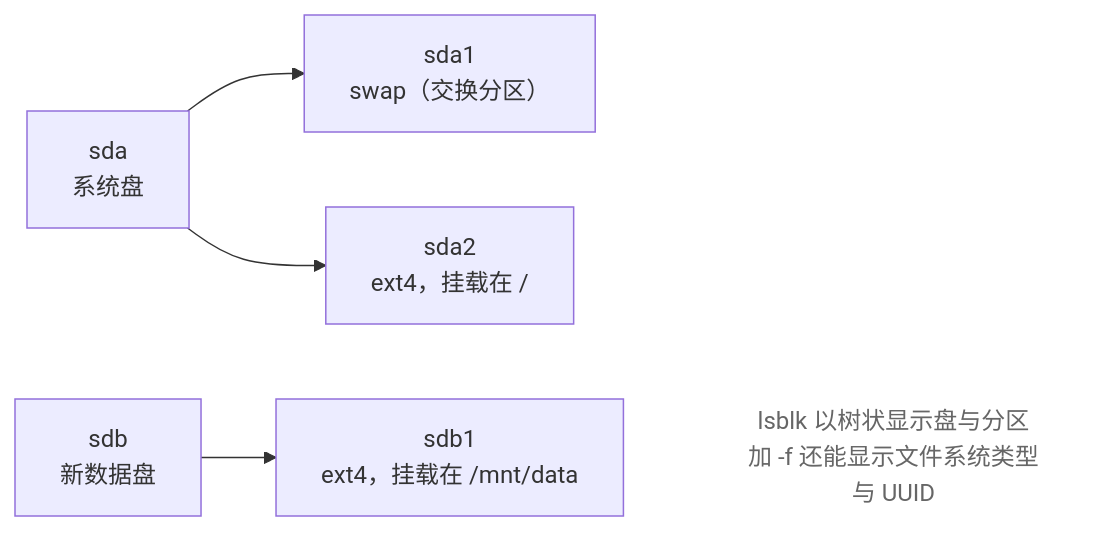
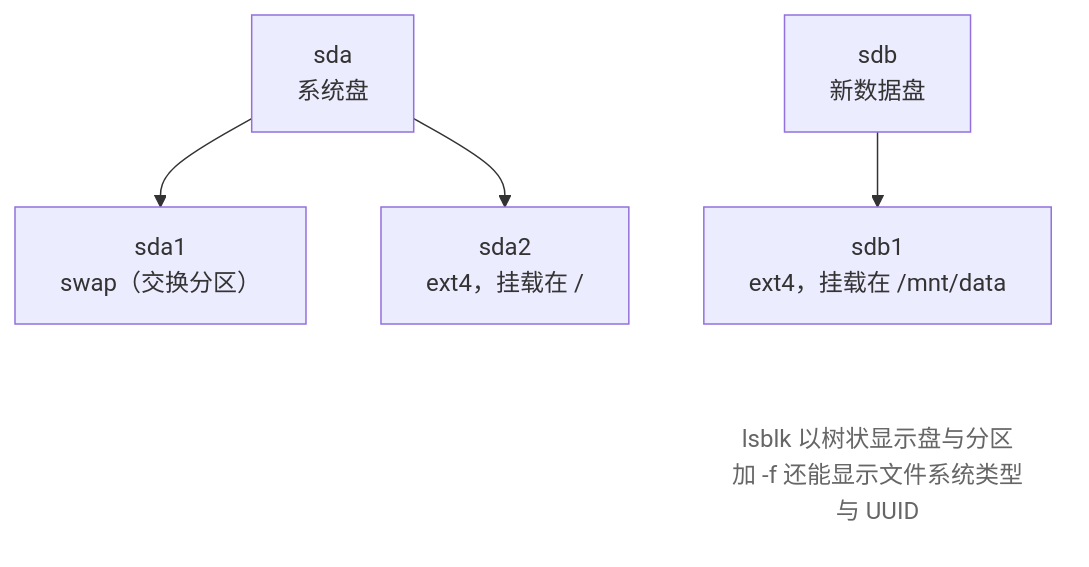
The second of 3 diagrams in src/linux-command/ch09.md (wangxiangnan/wangxiangnan.github.io), drawn with Mermaid before and after one commit. The commit also changed other lines of this file and 32 other files, not shown here.

First line of the commit message:
linux-command 词链层+新章节骨架重构，mermaid 方向全局统一上下 TB

````diff
--- a/src/linux-command/ch09.md
+++ b/src/linux-command/ch09.md
@@ -79,16 +84,16 @@
 ```mermaid
-flowchart LR
+flowchart TB
     SDA["sda<br>系统盘"]
     SDB["sdb<br>新数据盘"]
     SDA1["sda1<br>swap（交换分区）"]
     SDA2["sda2<br>ext4，挂载在 /"]
     SDB1["sdb1<br>ext4，挂载在 /mnt/data"]
     N["lsblk 以树状显示盘与分区<br>加 -f 还能显示文件系统类型与 UUID"]
 
     SDA --> SDA1 & SDA2
     SDB --> SDB1
     SDB1 ~~~ N
 
     classDef note fill:none,stroke:none,color:#666
     class N note
 ```
````
